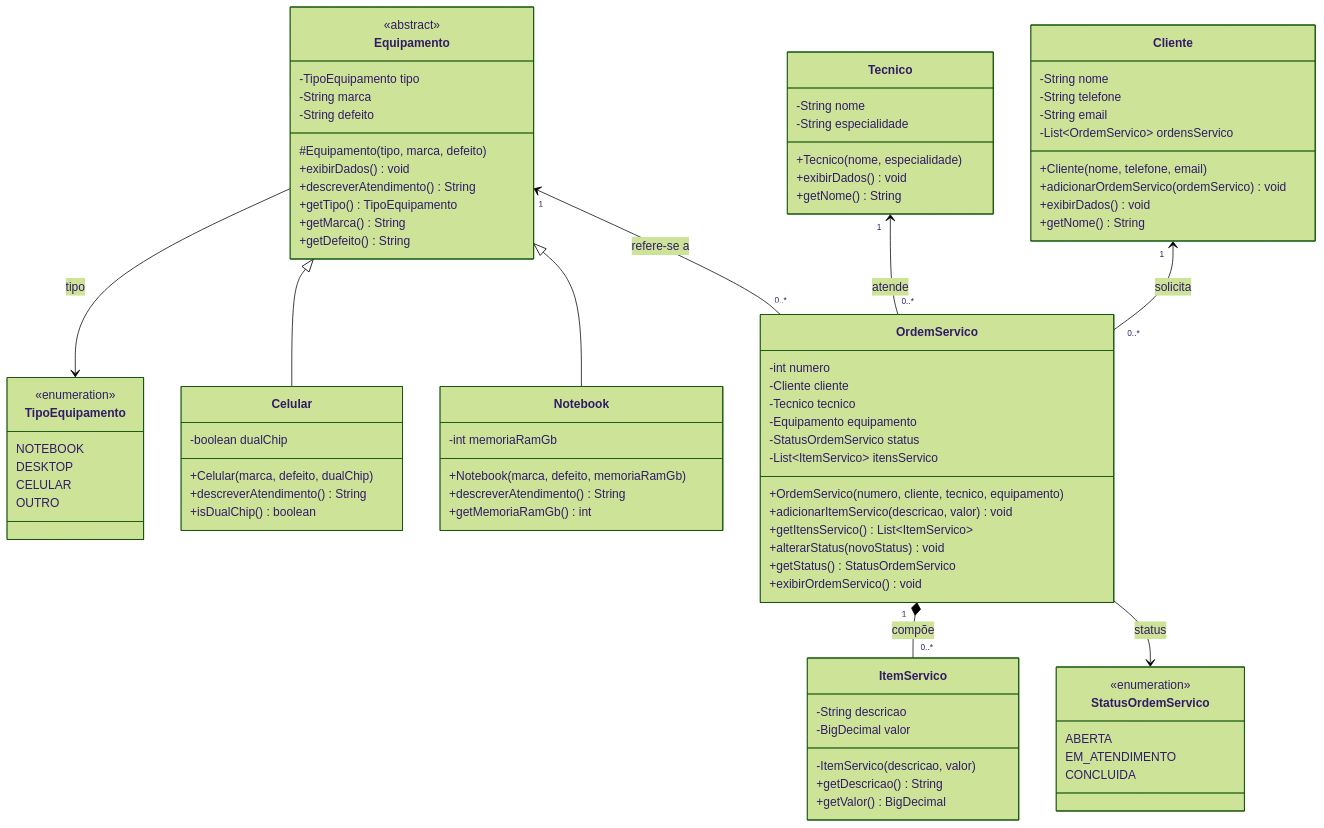
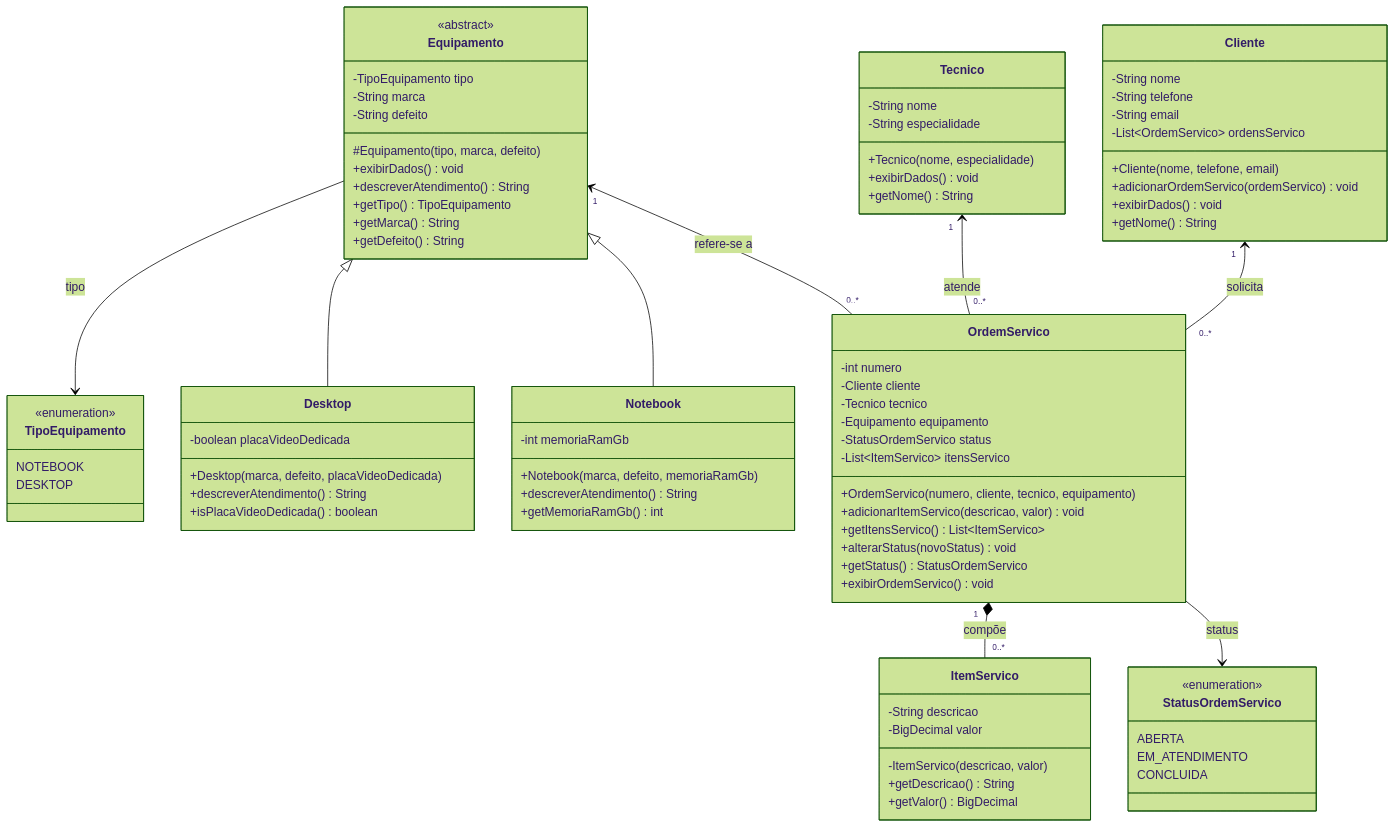
Before and after one commit to ArthurScharfenberger/TechFix-Assistencia-Tecnica: the diagram in Diagrama-Classes/README.md, drawn with Mermaid (forest theme). The commit also changed other lines of this file and 31 other files, not shown here.

```diff
--- a/Diagrama-Classes/README.md
+++ b/Diagrama-Classes/README.md
@@ -43,11 +43,11 @@
         +descreverAtendimento() String
         +getMemoriaRamGb() int
     }
-    class Celular {
-        -boolean dualChip
-        +Celular(marca, defeito, dualChip)
+    class Desktop {
+        -boolean placaVideoDedicada
+        +Desktop(marca, defeito, placaVideoDedicada)
         +descreverAtendimento() String
-        +isDualChip() boolean
+        +isPlacaVideoDedicada() boolean
     }
     class OrdemServico {
         -int numero
@@ -74,8 +74,6 @@
         <<enumeration>>
         NOTEBOOK
         DESKTOP
-        CELULAR
-        OUTRO
     }
     class StatusOrdemServico {
         <<enumeration>>
@@ -88,7 +86,7 @@
     Tecnico "1" <-- "0..*" OrdemServico : atende
     Equipamento "1" <-- "0..*" OrdemServico : refere-se a
     Equipamento <|-- Notebook
-    Equipamento <|-- Celular
+    Equipamento <|-- Desktop
     Equipamento --> TipoEquipamento : tipo
     OrdemServico --> StatusOrdemServico : status
     OrdemServico "1" *-- "0..*" ItemServico : compõe
```
